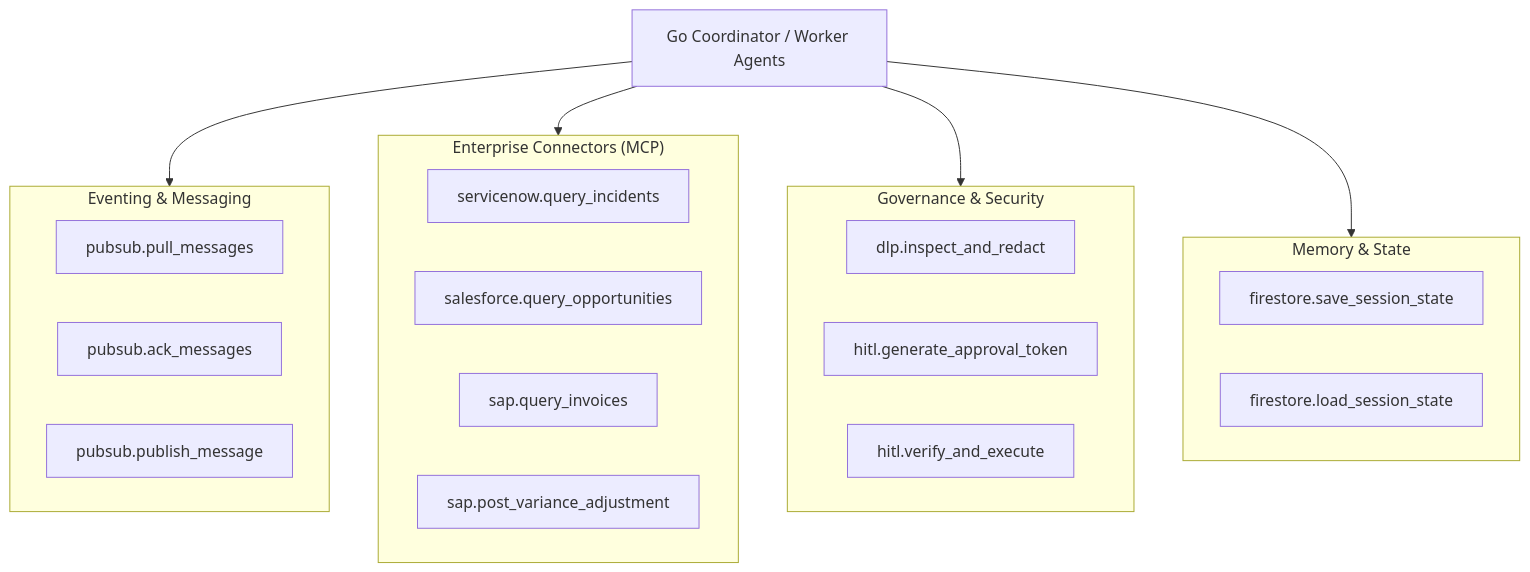
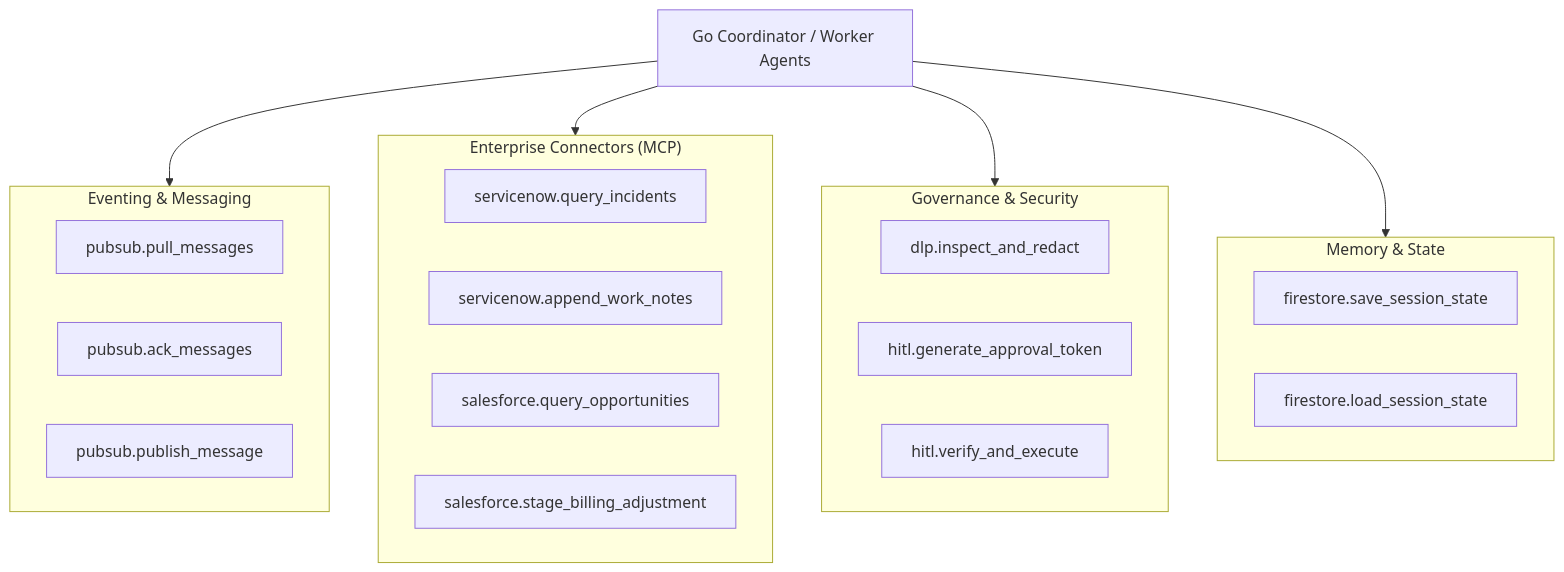
The diagram in docs/tools_reference.md (tiaaburton/Data-Recon-Agent), drawn with Mermaid before and after one commit. The commit also changed other lines of this file and 15 other files, not shown here.

Commit message:
refactor(docs): eliminate SAP and standardize exclusively on 2-way Salesforce-ServiceNow reconciliation across entire architecture

````diff
--- a/docs/tools_reference.md
+++ b/docs/tools_reference.md
@@ -9,33 +9,33 @@
 ```mermaid
 graph TD
     Agent["Go Coordinator / Worker Agents"]
     
     subgraph EventTools ["Eventing & Messaging"]
         T_PS_Pull["pubsub.pull_messages"]
         T_PS_Ack["pubsub.ack_messages"]
         T_PS_Pub["pubsub.publish_message"]
     end
 
     subgraph ConnectorTools ["Enterprise Connectors (MCP)"]
-        T_SN["servicenow.query_incidents"]
-        T_SF["salesforce.query_opportunities"]
-        T_SAP_Q["sap.query_invoices"]
-        T_SAP_M["sap.post_variance_adjustment"]
+        T_SN_Q["servicenow.query_incidents"]
+        T_SN_M["servicenow.append_work_notes"]
+        T_SF_Q["salesforce.query_opportunities"]
+        T_SF_M["salesforce.stage_billing_adjustment"]
     end
 
     subgraph SecurityTools ["Governance & Security"]
         T_DLP["dlp.inspect_and_redact"]
         T_HITL_G["hitl.generate_approval_token"]
         T_HITL_V["hitl.verify_and_execute"]
     end
 
     subgraph StorageTools ["Memory & State"]
         T_FS_S["firestore.save_session_state"]
         T_FS_L["firestore.load_session_state"]
     end
 
     Agent --> EventTools
     Agent --> ConnectorTools
     Agent --> SecurityTools
     Agent --> StorageTools
 ```
````
